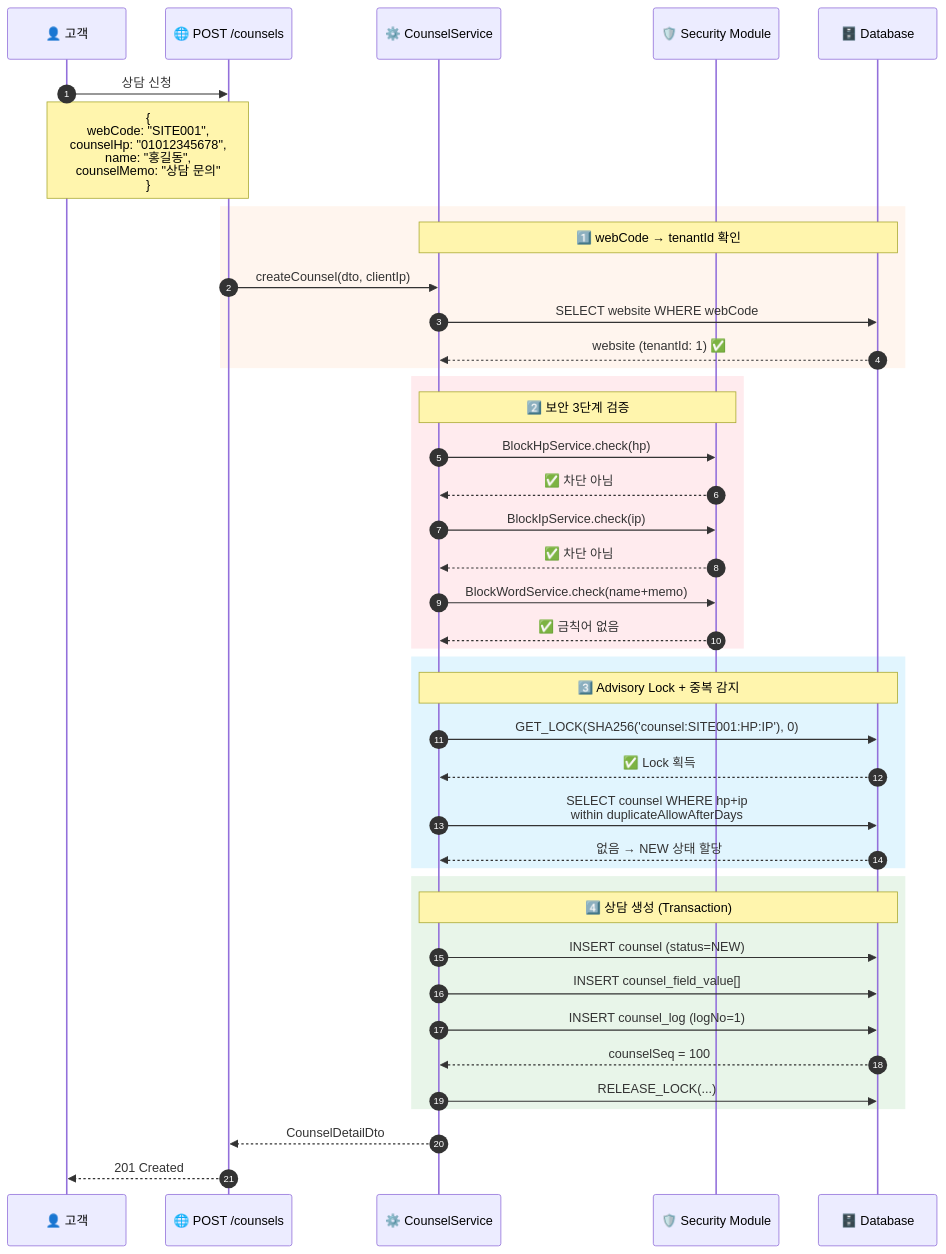
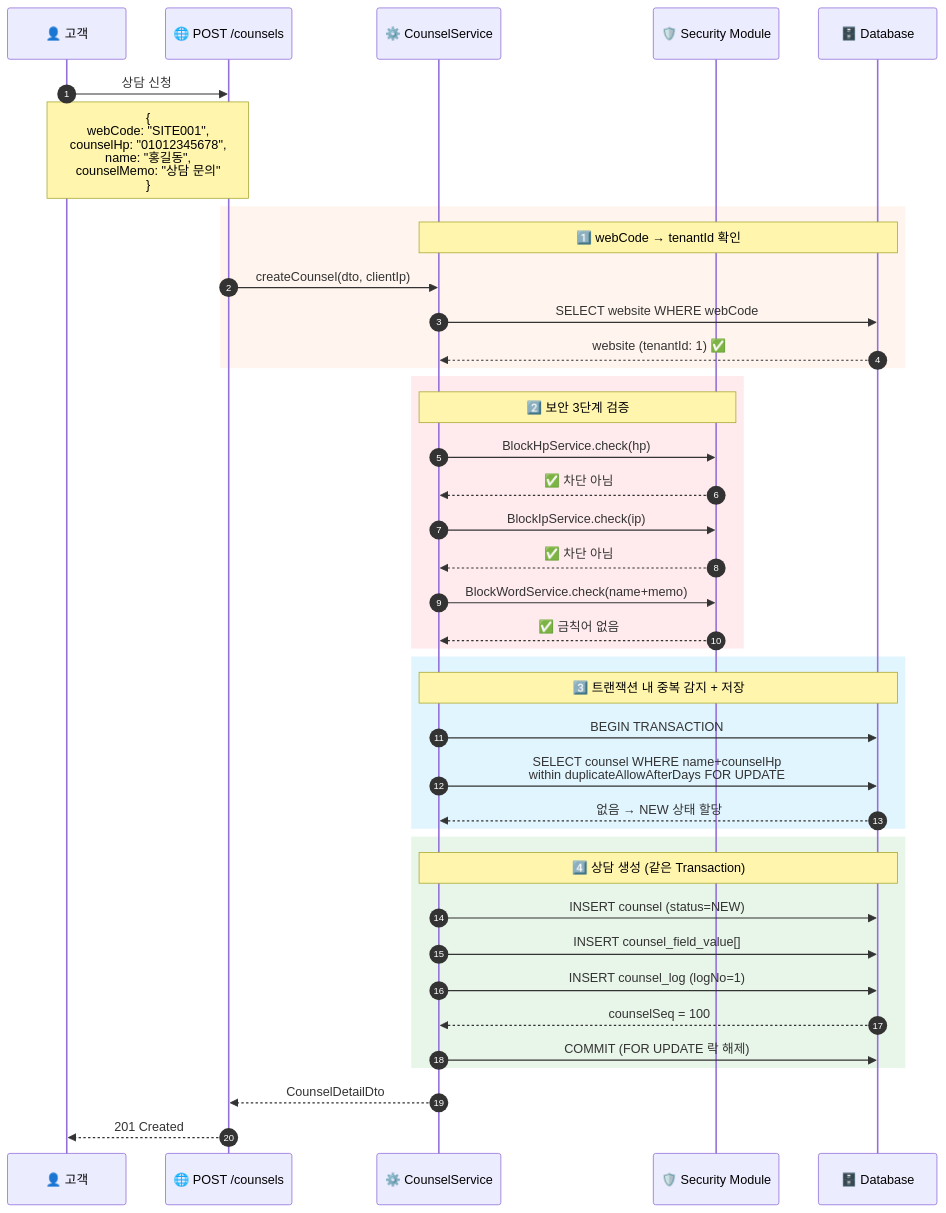
Before and after one commit to lee-sung-min405/flowdesk-admin-backend: diagram 49 of 53 in docs/user-flow.md, drawn with Mermaid. The commit also changed other lines of this file and 4 other files, not shown here.

First line of the commit message:
docs: 아키텍처 심화 다이어그램 추가 및 문서 감사 불일치 수정 (최신화)

````diff
--- a/docs/user-flow.md
+++ b/docs/user-flow.md
@@ -2467,51 +2467,49 @@
 ```mermaid
 sequenceDiagram
     autonumber
     participant Customer as 👤 고객
     participant API as 🌐 POST /counsels
     participant Service as ⚙️ CounselService
     participant Security as 🛡️ Security Module
     participant DB as 🗄️ Database
     
     Customer->>API: 상담 신청
     Note over Customer,API: {<br/>  webCode: "SITE001",<br/>  counselHp: "01012345678",<br/>  name: "홍길동",<br/>  counselMemo: "상담 문의"<br/>}
     
     rect rgb(255, 245, 238)
         Note over Service,DB: 1️⃣ webCode → tenantId 확인
         API->>Service: createCounsel(dto, clientIp)
         Service->>DB: SELECT website WHERE webCode
         DB-->>Service: website (tenantId: 1) ✅
     end
     
     rect rgb(255, 235, 238)
         Note over Service,Security: 2️⃣ 보안 3단계 검증
         Service->>Security: BlockHpService.check(hp)
         Security-->>Service: ✅ 차단 아님
         Service->>Security: BlockIpService.check(ip)
         Security-->>Service: ✅ 차단 아님
         Service->>Security: BlockWordService.check(name+memo)
         Security-->>Service: ✅ 금칙어 없음
     end
     
     rect rgb(225, 245, 254)
-        Note over Service,DB: 3️⃣ Advisory Lock + 중복 감지
-        Service->>DB: GET_LOCK(SHA256('counsel:SITE001:HP:IP'), 0)
-        DB-->>Service: ✅ Lock 획득
-        
-        Service->>DB: SELECT counsel WHERE hp+ip<br/>within duplicateAllowAfterDays
+        Note over Service,DB: 3️⃣ 트랜잭션 내 중복 감지 + 저장
+        Service->>DB: BEGIN TRANSACTION
+        Service->>DB: SELECT counsel WHERE name+counselHp<br/>within duplicateAllowAfterDays FOR UPDATE
         DB-->>Service: 없음 → NEW 상태 할당
     end
     
     rect rgb(232, 245, 233)
-        Note over Service,DB: 4️⃣ 상담 생성 (Transaction)
+        Note over Service,DB: 4️⃣ 상담 생성 (같은 Transaction)
         Service->>DB: INSERT counsel (status=NEW)
         Service->>DB: INSERT counsel_field_value[]
         Service->>DB: INSERT counsel_log (logNo=1)
         DB-->>Service: counselSeq = 100
         
-        Service->>DB: RELEASE_LOCK(...)
+        Service->>DB: COMMIT (FOR UPDATE 락 해제)
     end
     
     Service-->>API: CounselDetailDto
     API-->>Customer: 201 Created
 ```
````
